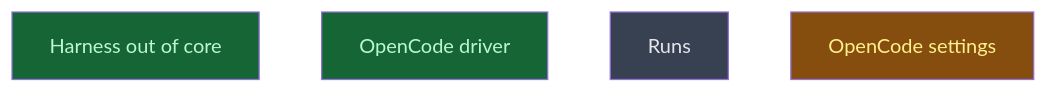
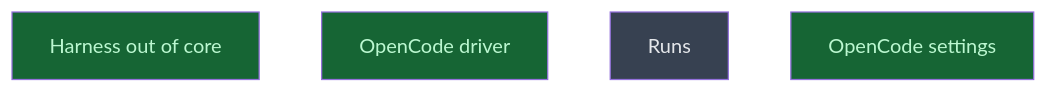
The diagram in __roadmap__/m4-session-runner/traits/core/README.md (CrackingShells/Candler), drawn with Mermaid before and after one commit. The commit also changed other lines of this file, not shown here.

Commit message:
rdm(adapter-opencode): mark opencode_settings done
The verifier closed every finding after two fix rounds; the last two
LOW notes were fixed by the coordinator before the merge.

````diff
--- a/__roadmap__/m4-session-runner/traits/core/README.md
+++ b/__roadmap__/m4-session-runner/traits/core/README.md
@@ -19,12 +19,12 @@
 ```mermaid
 graph TD
     harness_out_of_core[Harness out of core]:::done
     opencode_driver[OpenCode driver]:::done
     runs[Runs]:::planned
-    opencode_settings[OpenCode settings]:::inprogress
+    opencode_settings[OpenCode settings]:::done
     classDef done       fill:#166534,color:#bbf7d0
     classDef inprogress fill:#854d0e,color:#fef08a
     classDef planned    fill:#374151,color:#e5e7eb
     classDef amendment  fill:#1e3a5f,color:#bfdbfe
     classDef blocked    fill:#7f1d1d,color:#fecaca
 ```
````
